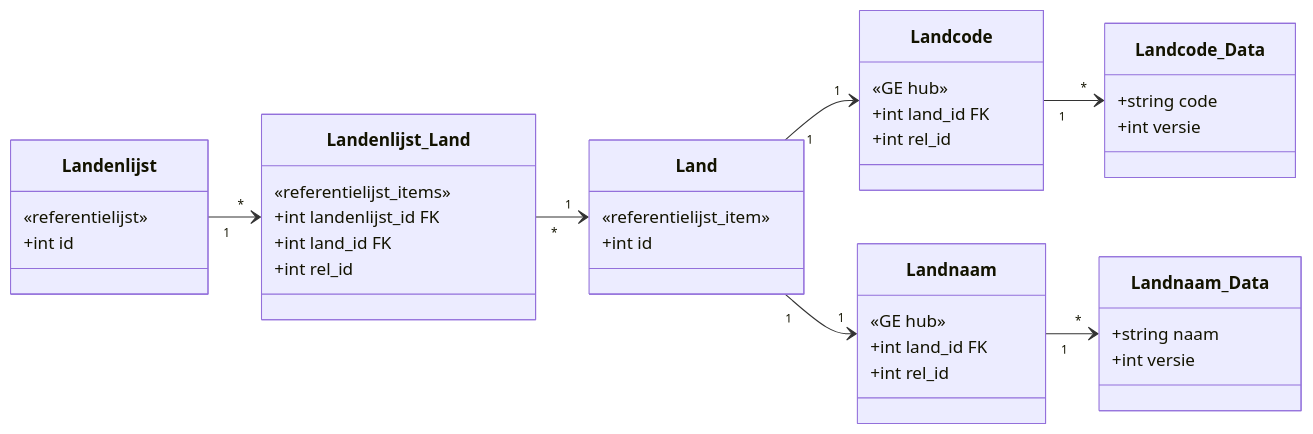
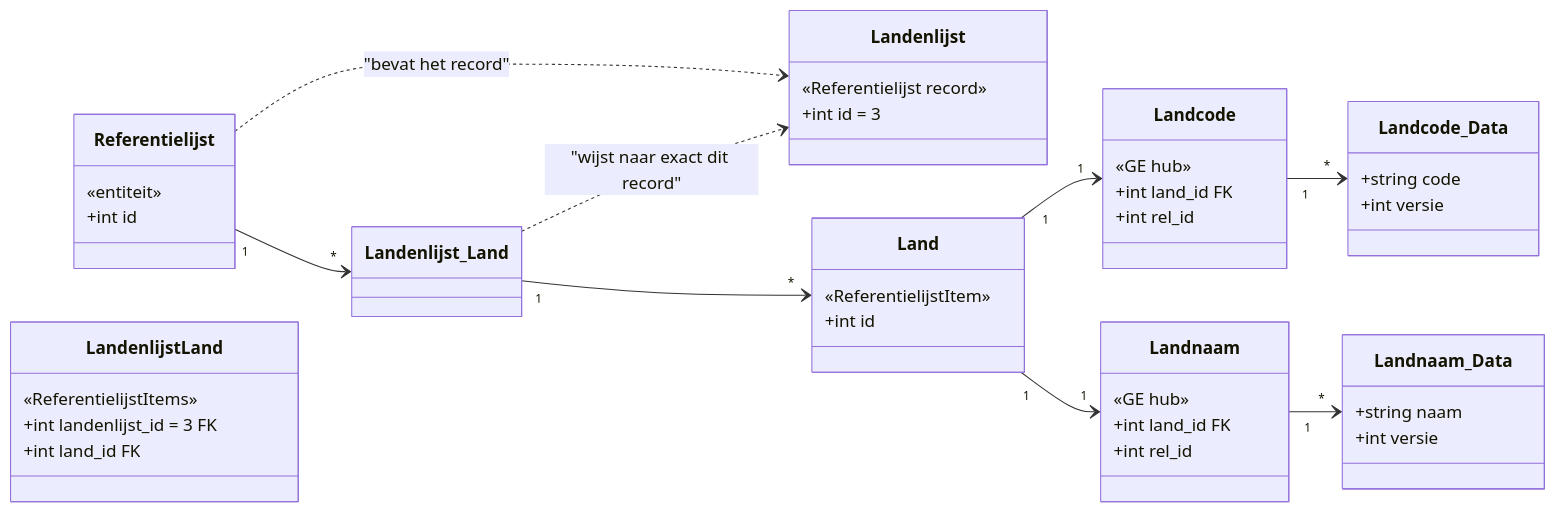
One commit to MarkWestbroek/Bitemporal_2026 changed the second of 3 diagrams in bitemp_register_v06/Referentielijsten.md. Above: the diagram before and after it, drawn with Mermaid. The commit also changed other lines of this file, not shown here.

````diff
--- a/bitemp_register_v06/Referentielijsten.md
+++ b/bitemp_register_v06/Referentielijsten.md
@@ -89,50 +90,56 @@
 ```mermaid
 classDiagram
   direction LR
 
-  class Landenlijst {
-    «referentielijst»
+  class Referentielijst {
+    «entiteit»
     +int id
   }
 
+  class Landenlijst {
+    «Referentielijst record»
+    +int id = 3
+  }
+
   class Land {
-    «referentielijst_item»
+    «ReferentielijstItem»
     +int id
   }
 
-  class Landenlijst_Land {
-    «referentielijst_items»
-    +int landenlijst_id FK
+  class LandenlijstLand {
+    «ReferentielijstItems»
+    +int landenlijst_id = 3 FK
     +int land_id FK
-    +int rel_id
   }
 
   class Landcode {
     «GE hub»
     +int land_id FK
     +int rel_id
   }
 
   class Landnaam {
     «GE hub»
     +int land_id FK
     +int rel_id
   }
 
   class Landcode_Data {
     +string code
     +int versie
   }
 
   class Landnaam_Data {
     +string naam
     +int versie
   }
 
-  Landenlijst "1" --> "*" Landenlijst_Land
-  Landenlijst_Land "*" --> "1" Land
+  Referentielijst "1" --> "*" Landenlijst_Land
+  Referentielijst ..> Landenlijst : "bevat het record"
+  Landenlijst_Land ..> Landenlijst : "wijst naar exact dit record"
+  Landenlijst_Land "1" --> "*" Land
   Land "1" --> "1" Landcode
   Land "1" --> "1" Landnaam
   Landcode "1" --> "*" Landcode_Data
   Landnaam "1" --> "*" Landnaam_Data
 ```
````
